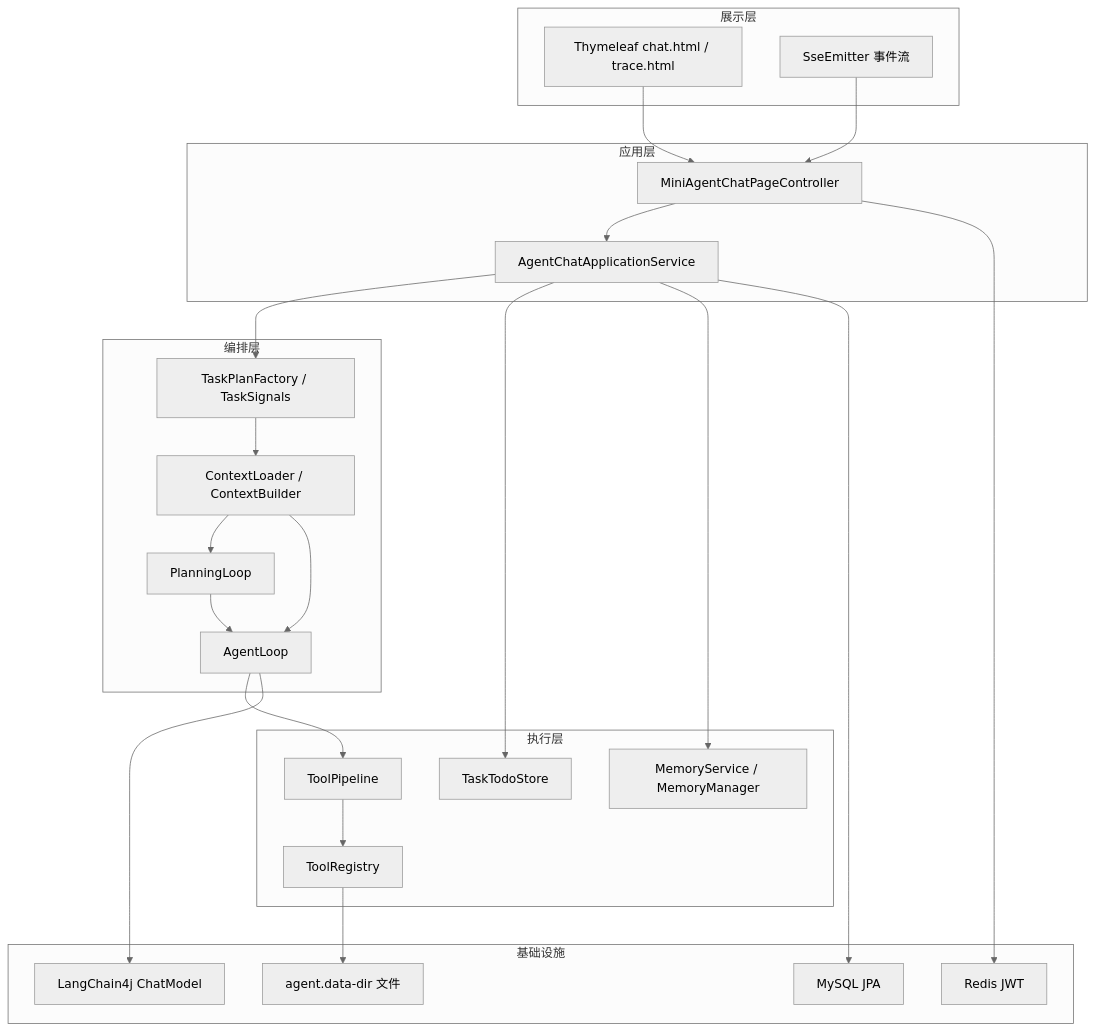
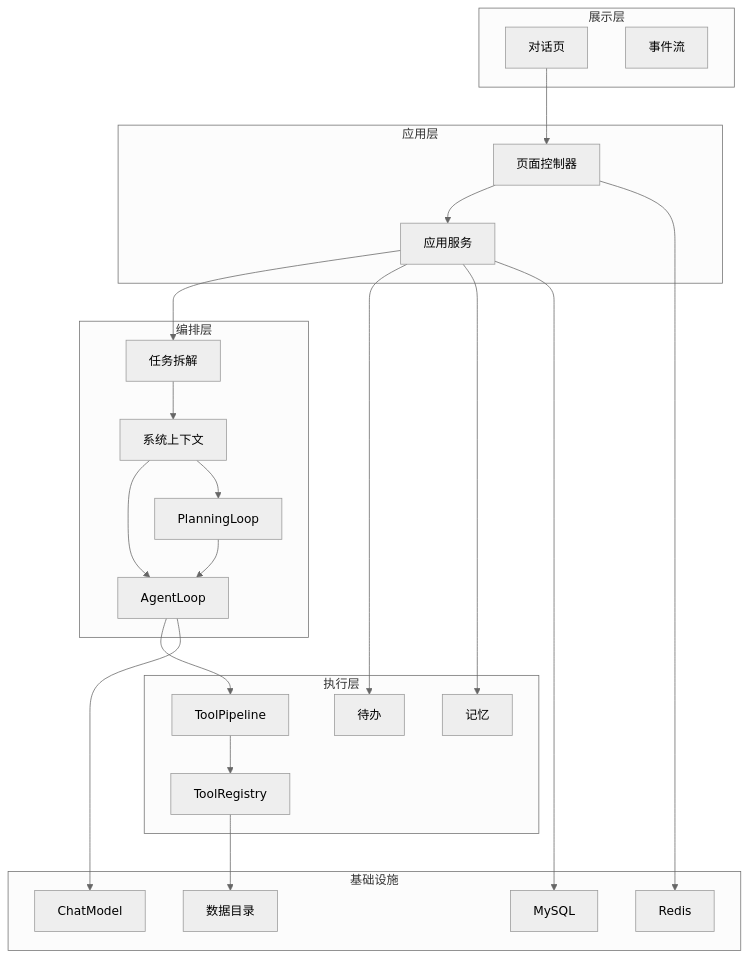
Before and after one commit to 1231111/mini-agent: the second of 8 diagrams in docs/detailed-design.md, drawn with Mermaid (neutral theme). The commit also changed other lines of this file and 42 other files, not shown here.

````diff
--- a/docs/detailed-design.md
+++ b/docs/detailed-design.md
@@ -133,43 +126,44 @@
 ```mermaid
 flowchart TB
-    subgraph 展示层
-        UI["Thymeleaf chat.html / trace.html"]
-        SSE["SseEmitter 事件流"]
+    subgraph ui["展示层"]
+        UI["对话页"]
+        SSE["事件流"]
     end
-    subgraph 应用层
-        CTL["MiniAgentChatPageController"]
-        APP["AgentChatApplicationService"]
+    subgraph web["应用层"]
+        CTL["页面控制器"]
+        APP["应用服务"]
     end
-    subgraph 编排层
-        SIG["TaskPlanFactory / TaskSignals"]
-        CTX["ContextLoader / ContextBuilder"]
+    subgraph orch["编排层"]
+        SIG["任务拆解"]
+        CTX["系统上下文"]
         PL["PlanningLoop"]
         AL["AgentLoop"]
     end
-    subgraph 执行层
+    subgraph exec["执行层"]
         PIPE["ToolPipeline"]
         REG["ToolRegistry"]
-        TODO["TaskTodoStore"]
-        MEM["MemoryService / MemoryManager"]
+        TODO["待办"]
+        MEM["记忆"]
     end
-    subgraph 基础设施
-        LLM["LangChain4j ChatModel"]
-        DB["MySQL JPA"]
-        RD["Redis JWT"]
-        FS["agent.data-dir 文件"]
+    subgraph infra["基础设施"]
+        LLM["ChatModel"]
+        DB["MySQL"]
+        RD["Redis"]
+        FS["数据目录"]
     end
     UI --> CTL
-    SSE --> CTL
     CTL --> APP
-    APP --> SIG --> CTX
+    APP --> SIG
+    SIG --> CTX
+    CTX --> AL
     CTX --> PL
-    CTX --> AL
     PL --> AL
-    AL --> PIPE --> REG
+    AL --> PIPE
+    PIPE --> REG
     AL --> LLM
     APP --> TODO
     APP --> MEM
     APP --> DB
     CTL --> RD
     REG --> FS
 ```
````
